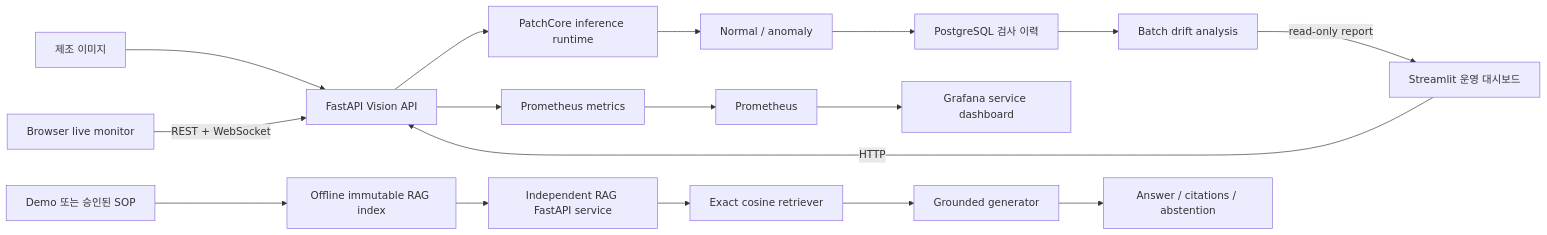
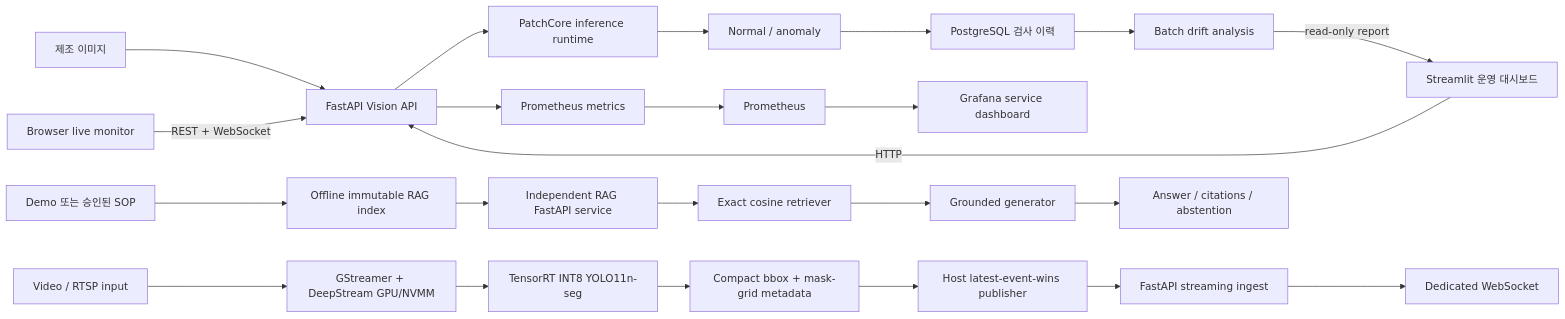
The first of 2 diagrams in README.md (dudghks5893/smart-factory-ai-platform), drawn with Mermaid before and after one commit. The commit also changed other lines of this file, not shown here.

````diff
--- a/README.md
+++ b/README.md
@@ -46,23 +49,30 @@
 ```mermaid
 flowchart LR
     Image["제조 이미지"] --> API["FastAPI Vision API"]
     API --> Runtime["PatchCore inference runtime"]
     Runtime --> Decision["Normal / anomaly"]
     Decision --> DB["PostgreSQL 검사 이력"]
 
     Dashboard["Streamlit 운영 대시보드"] -->|"HTTP"| API
     Live["Browser live monitor"] -->|"REST + WebSocket"| API
 
     Drift["Batch drift analysis"] -->|"read-only report"| Dashboard
     DB --> Drift
 
     API --> Metrics["Prometheus metrics"]
     Metrics --> Prometheus["Prometheus"]
     Prometheus --> Grafana["Grafana service dashboard"]
 
     Manuals["Demo 또는 승인된 SOP"] --> Index["Offline immutable RAG index"]
     Index --> RAG["Independent RAG FastAPI service"]
     RAG --> Retriever["Exact cosine retriever"]
     Retriever --> Generator["Grounded generator"]
     Generator --> Citations["Answer / citations / abstention"]
+
+    Video["Video / RTSP input"] --> DeepStream["GStreamer + DeepStream GPU/NVMM"]
+    DeepStream --> TRT["TensorRT INT8 YOLO11n-seg"]
+    TRT --> Compact["Compact bbox + mask-grid metadata"]
+    Compact --> Publisher["Host latest-event-wins publisher"]
+    Publisher --> StreamAPI["FastAPI streaming ingest"]
+    StreamAPI --> StreamWS["Dedicated WebSocket"]
 ```
````
